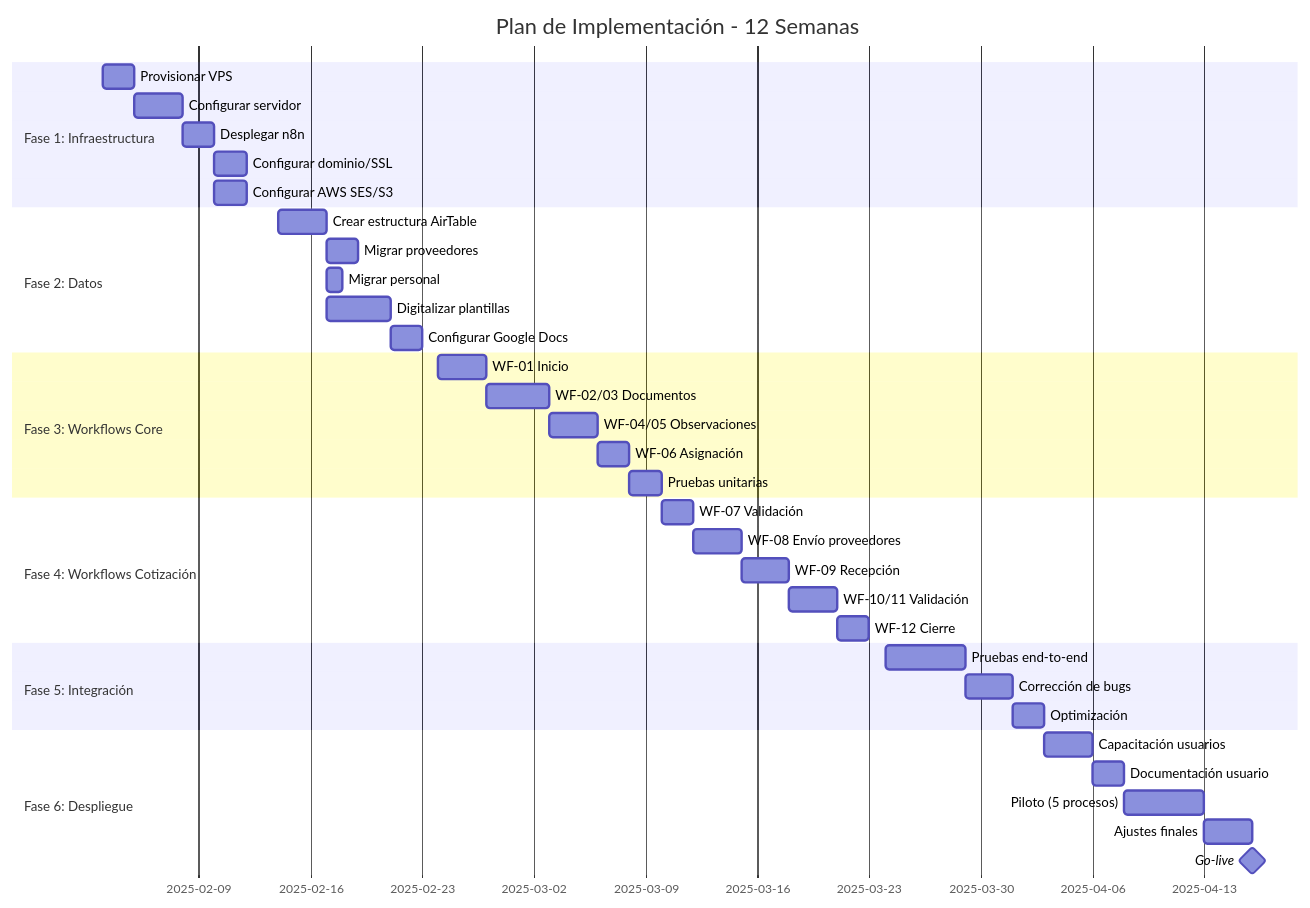
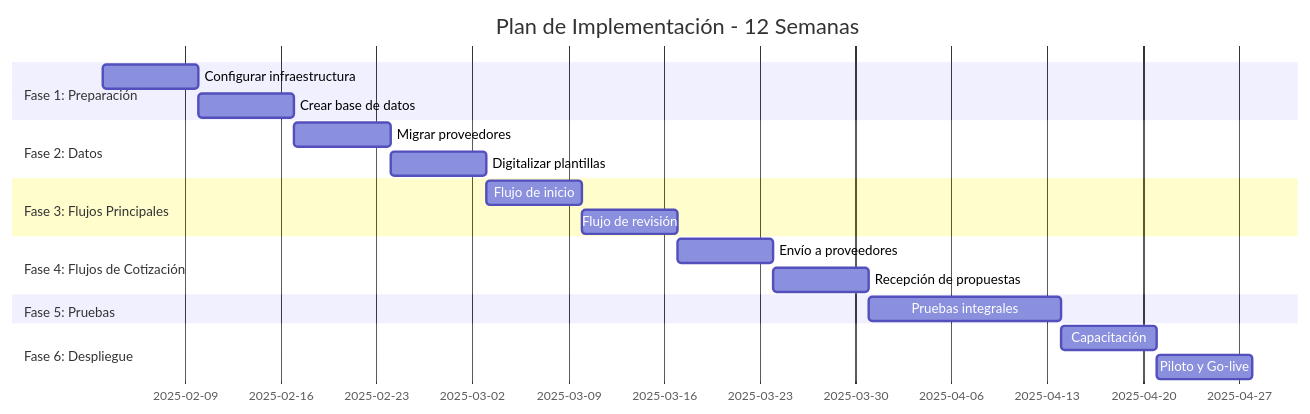
Before and after one commit to lfam200/WorkFlow-n8n: diagram 16 of 16 in README.md, drawn with Mermaid. The commit also changed other lines of this file, not shown here.

````diff
--- a/README.md
+++ b/README.md
@@ -2579,45 +1179,28 @@
 ```mermaid
 gantt
     title Plan de Implementación - 12 Semanas
     dateFormat  YYYY-MM-DD
     
-    section Fase 1: Infraestructura
-    Provisionar VPS           :a1, 2025-02-03, 2d
-    Configurar servidor       :a2, after a1, 3d
-    Desplegar n8n            :a3, after a2, 2d
-    Configurar dominio/SSL   :a4, after a3, 2d
-    Configurar AWS SES/S3    :a5, after a3, 2d
+    section Fase 1: Preparación
+    Configurar infraestructura    :a1, 2025-02-03, 1w
+    Crear base de datos          :a2, after a1, 1w
     
     section Fase 2: Datos
-    Crear estructura AirTable :b1, 2025-02-14, 3d
-    Migrar proveedores       :b2, after b1, 2d
-    Migrar personal          :b3, after b1, 1d
-    Digitalizar plantillas   :b4, after b1, 4d
-    Configurar Google Docs   :b5, after b4, 2d
+    Migrar proveedores           :b1, 2025-02-17, 1w
+    Digitalizar plantillas       :b2, after b1, 1w
     
-    section Fase 3: Workflows Core
-    WF-01 Inicio            :c1, 2025-02-24, 3d
-    WF-02/03 Documentos     :c2, after c1, 4d
-    WF-04/05 Observaciones  :c3, after c2, 3d
-    WF-06 Asignación        :c4, after c3, 2d
-    Pruebas unitarias       :c5, after c4, 2d
+    section Fase 3: Flujos Principales
+    Flujo de inicio              :c1, 2025-03-03, 1w
+    Flujo de revisión            :c2, after c1, 1w
     
-    section Fase 4: Workflows Cotización
-    WF-07 Validación        :d1, 2025-03-10, 2d
-    WF-08 Envío proveedores :d2, after d1, 3d
-    WF-09 Recepción         :d3, after d2, 3d
-    WF-10/11 Validación     :d4, after d3, 3d
-    WF-12 Cierre            :d5, after d4, 2d
+    section Fase 4: Flujos de Cotización
+    Envío a proveedores          :d1, 2025-03-17, 1w
+    Recepción de propuestas      :d2, after d1, 1w
     
-    section Fase 5: Integración
-    Pruebas end-to-end      :e1, 2025-03-24, 5d
-    Corrección de bugs      :e2, after e1, 3d
-    Optimización            :e3, after e2, 2d
+    section Fase 5: Pruebas
+    Pruebas integrales           :e1, 2025-03-31, 2w
     
     section Fase 6: Despliegue
-    Capacitación usuarios   :f1, 2025-04-03, 3d
-    Documentación usuario   :f2, after f1, 2d
-    Piloto (5 procesos)     :f3, after f2, 5d
-    Ajustes finales         :f4, after f3, 3d
-    Go-live                 :milestone, f5, after f4, 0d
+    Capacitación                 :f1, 2025-04-14, 1w
+    Piloto y Go-live            :f2, after f1, 1w
 ```
````
